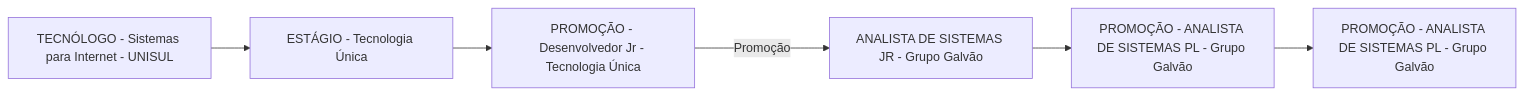
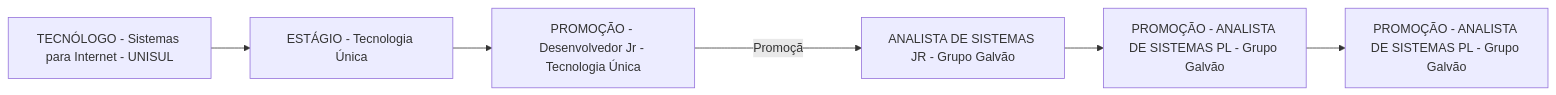
The diagram in Advanced-Business-Development-with-.NET/1º-Semestre/Aula-01-%2D-Introdução-e-Apresentação/Apresentação-do-Professor.md (rafsp/Graduacao_FIAP), drawn with Mermaid before and after one commit.

Commit message:
Updated Apresentação do Professor

```diff
--- a/Advanced-Business-Development-with-.NET/1º-Semestre/Aula-01-%2D-Introdução-e-Apresentação/Apresentação-do-Professor.md
+++ b/Advanced-Business-Development-with-.NET/1º-Semestre/Aula-01-%2D-Introdução-e-Apresentação/Apresentação-do-Professor.md
@@ -1,14 +1,14 @@
 ::: mermaid
 flowchart LR;
 a[TECNÓLOGO - Sistemas para Internet - UNISUL];
 b[ESTÁGIO - Tecnologia Única];
 c[PROMOÇÃO - Desenvolvedor Jr - Tecnologia Única];
 d[ANALISTA DE SISTEMAS JR - Grupo Galvão];
 e[PROMOÇÃO - ANALISTA DE SISTEMAS PL - Grupo Galvão];
 f[PROMOÇÃO - ANALISTA DE SISTEMAS PL - Grupo Galvão];
 a-->b;
 b-->c;
-c-- Promoção --->d;
+c--Promoção--->d;
 d-->e;
 e-->f;
 :::
```
